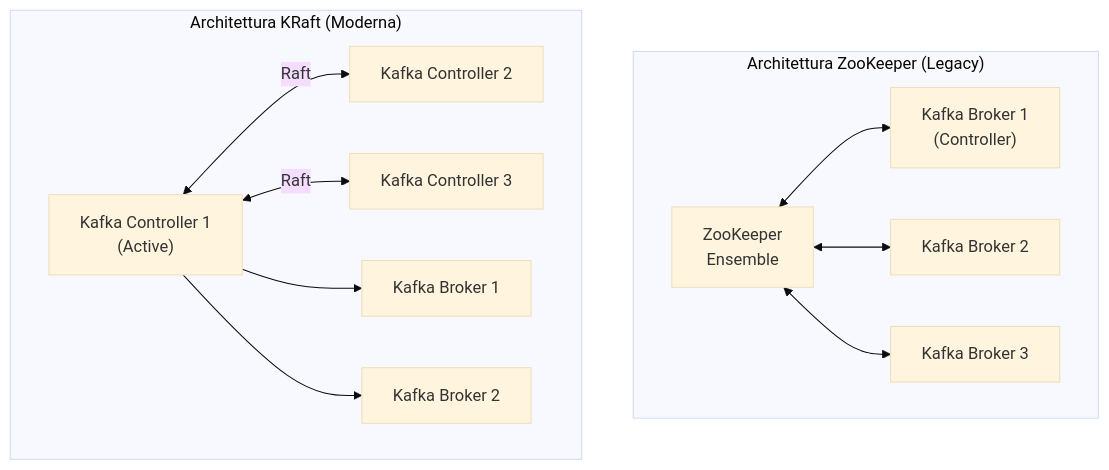
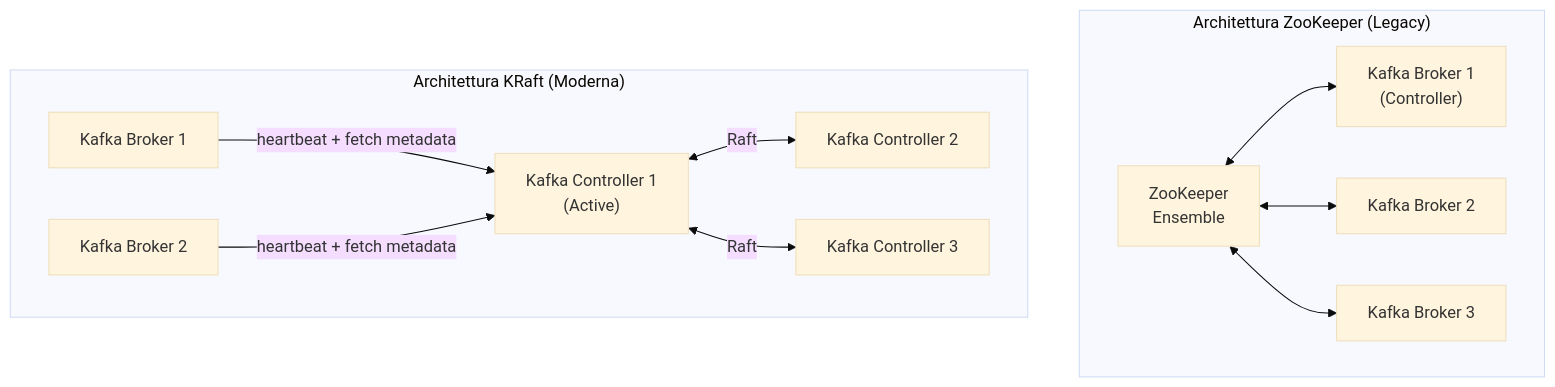
Before and after one commit to Tempohh/devops-kb: the diagram in docs/messaging/kafka/fondamenti/zookeeper-kraft.md, drawn with Mermaid (base theme). The commit also changed other lines of this file and 1 other file, not shown here.

Commit message:
kb: review docs/messaging/kafka/fondamenti/zookeeper-kraft.md (auto #1102)

````diff
--- a/docs/messaging/kafka/fondamenti/zookeeper-kraft.md
+++ b/docs/messaging/kafka/fondamenti/zookeeper-kraft.md
@@ -61,26 +63,26 @@
 ```mermaid
 flowchart TB
     subgraph ZK["Architettura ZooKeeper (Legacy)"]
         direction LR
-        ZK1["ZooKeeper\nEnsemble"]
-        KB1["Kafka Broker 1\n(Controller)"]
+        ZK1["ZooKeeper<br/>Ensemble"]
+        KB1["Kafka Broker 1<br/>(Controller)"]
         KB2[Kafka Broker 2]
         KB3[Kafka Broker 3]
         ZK1 <--> KB1
         ZK1 <--> KB2
         ZK1 <--> KB3
     end
 
     subgraph KR["Architettura KRaft (Moderna)"]
         direction LR
-        KC1["Kafka Controller 1\n(Active)"]
+        KC1["Kafka Controller 1<br/>(Active)"]
         KC2[Kafka Controller 2]
         KC3[Kafka Controller 3]
         KB4[Kafka Broker 1]
         KB5[Kafka Broker 2]
         KC1 <-->|Raft| KC2
         KC1 <-->|Raft| KC3
-        KC1 --> KB4
-        KC1 --> KB5
+        KB4 -->|heartbeat + fetch metadata| KC1
+        KB5 -->|heartbeat + fetch metadata| KC1
     end
 ```
````
